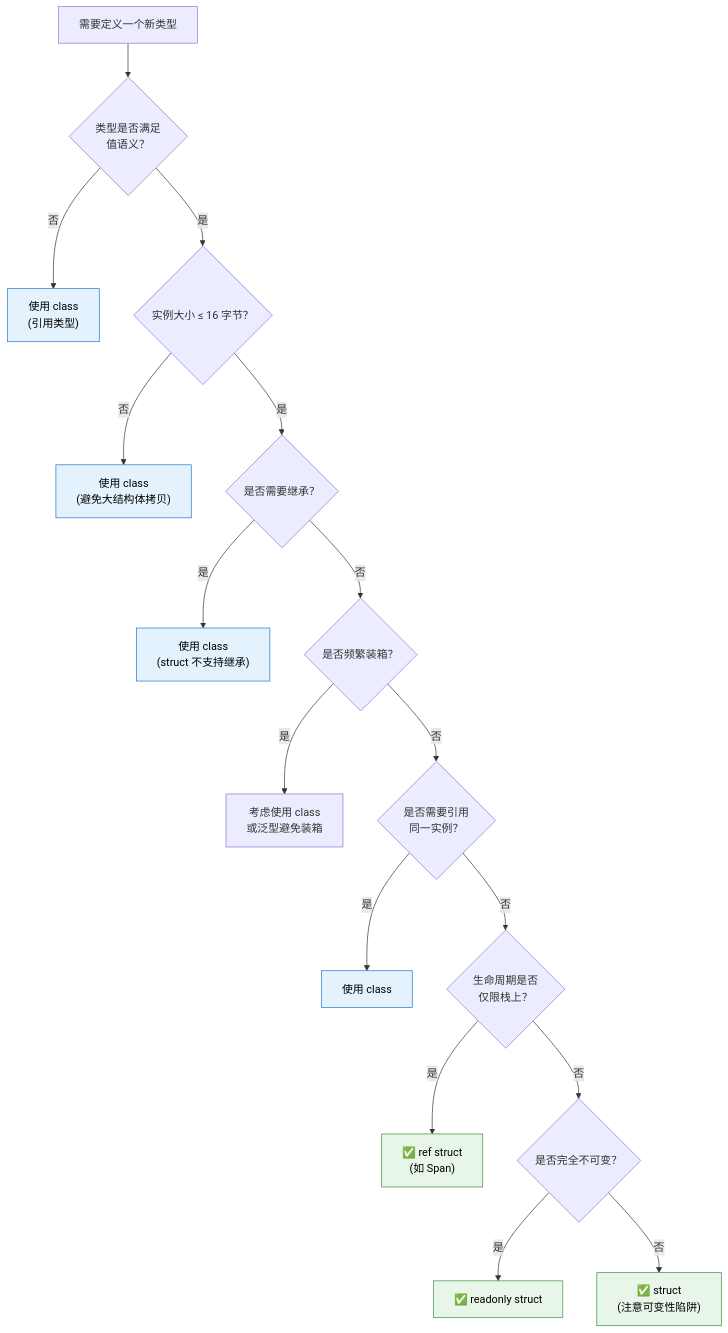
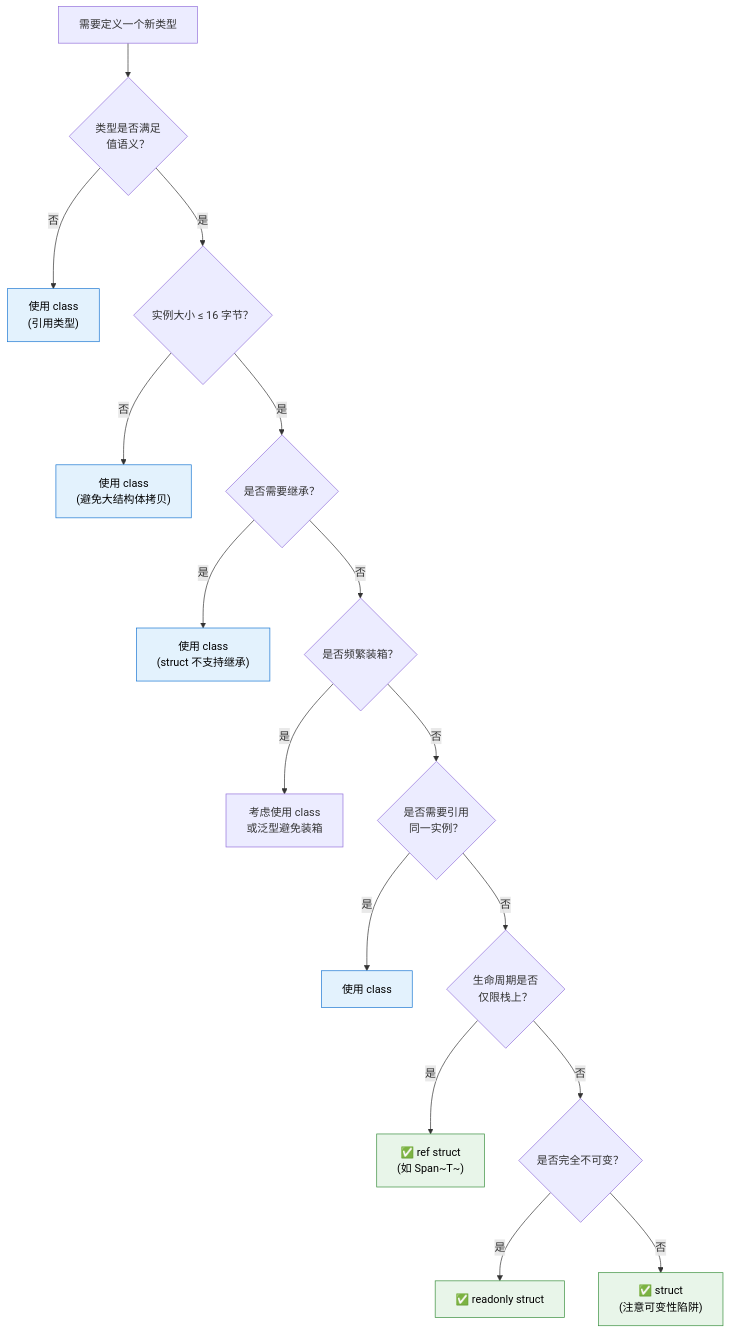
One commit to moklgydocs/moklgydocs.github.io changed the eighth of 9 diagrams in src/后端开发/CSharp/CLR深度/01_CLR基础与类型系统/04_值类型与引用类型深度对比.md. Above: the diagram before and after it, drawn with Mermaid. The commit also changed other lines of this file and 32 other files, not shown here.

````diff
--- a/src/后端开发/CSharp/CLR深度/01_CLR基础与类型系统/04_值类型与引用类型深度对比.md
+++ b/src/后端开发/CSharp/CLR深度/01_CLR基础与类型系统/04_值类型与引用类型深度对比.md
@@ -992,33 +992,33 @@
 ```mermaid
 flowchart TD
     A["需要定义一个新类型"] --> B{"类型是否满足<br/>值语义？"}
 
     B -->|"否"| C["使用 class<br/>(引用类型)"]
     B -->|"是"| D{"实例大小 ≤ 16 字节？"}
 
     D -->|"否"| E["使用 class<br/>(避免大结构体拷贝)"]
     D -->|"是"| F{"是否需要继承？"}
 
     F -->|"是"| G["使用 class<br/>(struct 不支持继承)"]
     F -->|"否"| H{"是否频繁装箱？"}
 
     H -->|"是"| I["考虑使用 class<br/>或泛型避免装箱"]
     H -->|"否"| J{"是否需要引用<br/>同一实例？"}
 
     J -->|"是"| K["使用 class"]
     J -->|"否"| L{"生命周期是否<br/>仅限栈上？"}
 
-    L -->|"是"| M["✅ ref struct<br/>(如 Span<T>)"]
+    L -->|"是"| M["✅ ref struct<br/>(如 Span~T~)"]
     L -->|"否"| N{"是否完全不可变？"}
 
     N -->|"是"| O["✅ readonly struct"]
     N -->|"否"| P["✅ struct<br/>(注意可变性陷阱)"]
 
     style C fill:#e3f2fd,stroke:#1976d2,color:#000
     style E fill:#e3f2fd,stroke:#1976d2,color:#000
     style G fill:#e3f2fd,stroke:#1976d2,color:#000
     style K fill:#e3f2fd,stroke:#1976d2,color:#000
     style M fill:#e8f5e9,stroke:#388e3c,color:#000
     style O fill:#e8f5e9,stroke:#388e3c,color:#000
     style P fill:#e8f5e9,stroke:#388e3c,color:#000
 ```
````
